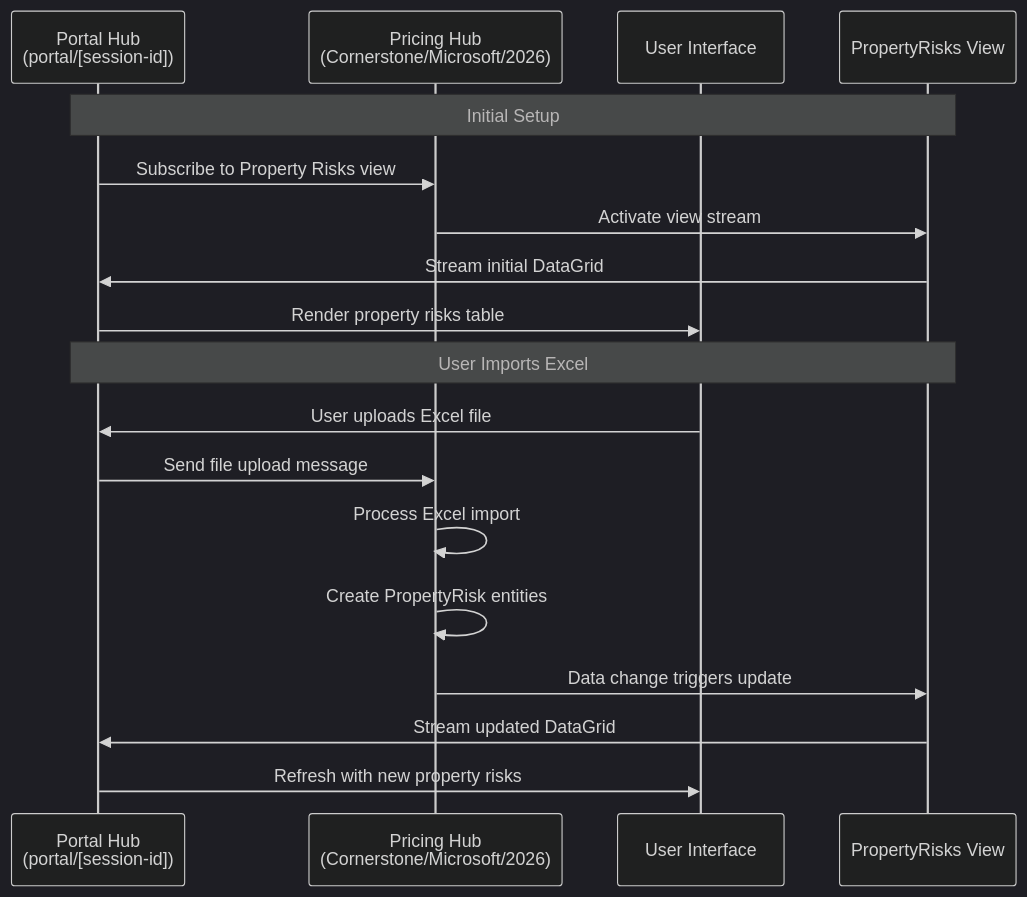
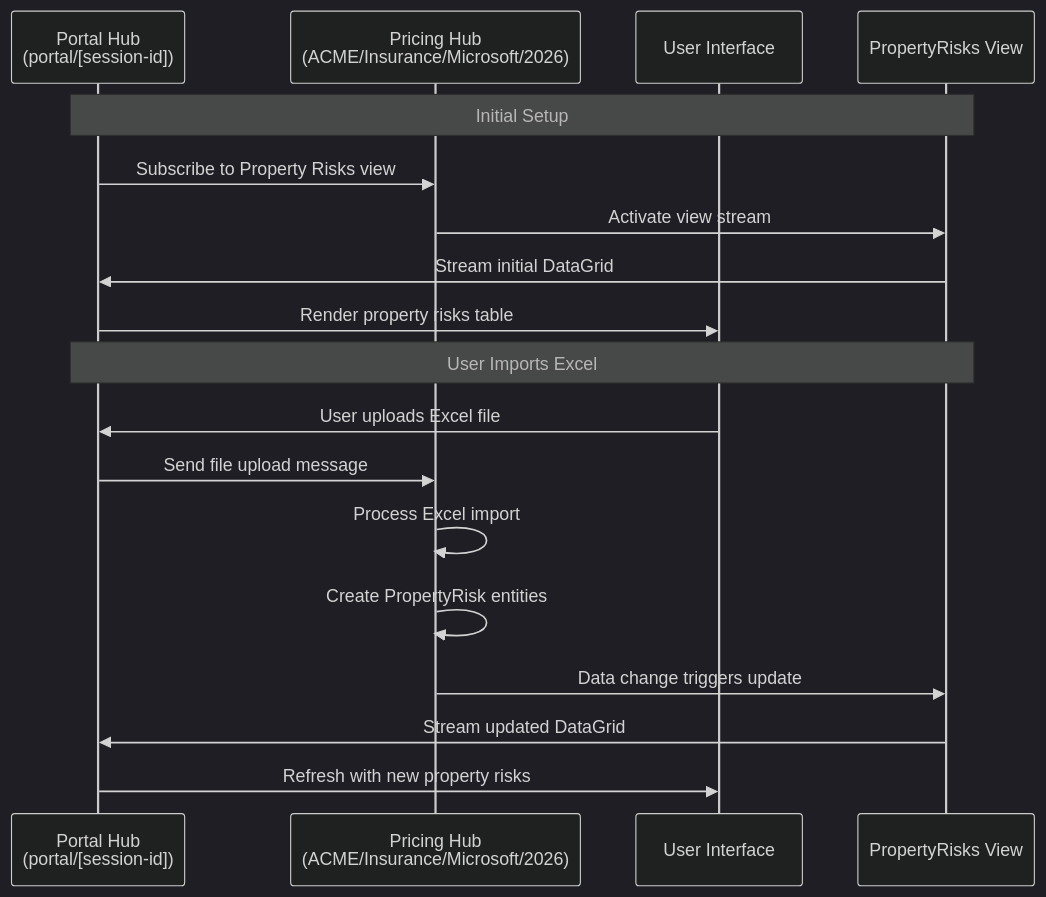
Before and after one commit to Systemorph/MeshWeaver: the diagram in samples/Graph/Data/ACME/Insurance/Documentation/Architecture.md, drawn with Mermaid (dark theme). The commit also changed other lines of this file and 158 other files, not shown here.

````diff
--- a/samples/Graph/Data/ACME/Insurance/Documentation/Architecture.md
+++ b/samples/Graph/Data/ACME/Insurance/Documentation/Architecture.md
@@ -221,22 +219,22 @@
 ```mermaid
 sequenceDiagram
     participant Portal as Portal Hub<br/>(portal/[session-id])
-    participant PricingHub as Pricing Hub<br/>(Cornerstone/Microsoft/2026)
+    participant PricingHub as Pricing Hub<br/>(ACME/Insurance/Microsoft/2026)
     participant UI as User Interface
     participant LayoutArea as PropertyRisks View
 
     Note over Portal,LayoutArea: Initial Setup
     Portal->>PricingHub: Subscribe to Property Risks view
     PricingHub->>LayoutArea: Activate view stream
     LayoutArea->>Portal: Stream initial DataGrid
     Portal->>UI: Render property risks table
 
     Note over Portal,LayoutArea: User Imports Excel
     UI->>Portal: User uploads Excel file
     Portal->>PricingHub: Send file upload message
     PricingHub->>PricingHub: Process Excel import
     PricingHub->>PricingHub: Create PropertyRisk entities
     PricingHub->>LayoutArea: Data change triggers update
     LayoutArea->>Portal: Stream updated DataGrid
     Portal->>UI: Refresh with new property risks
 ```
````
